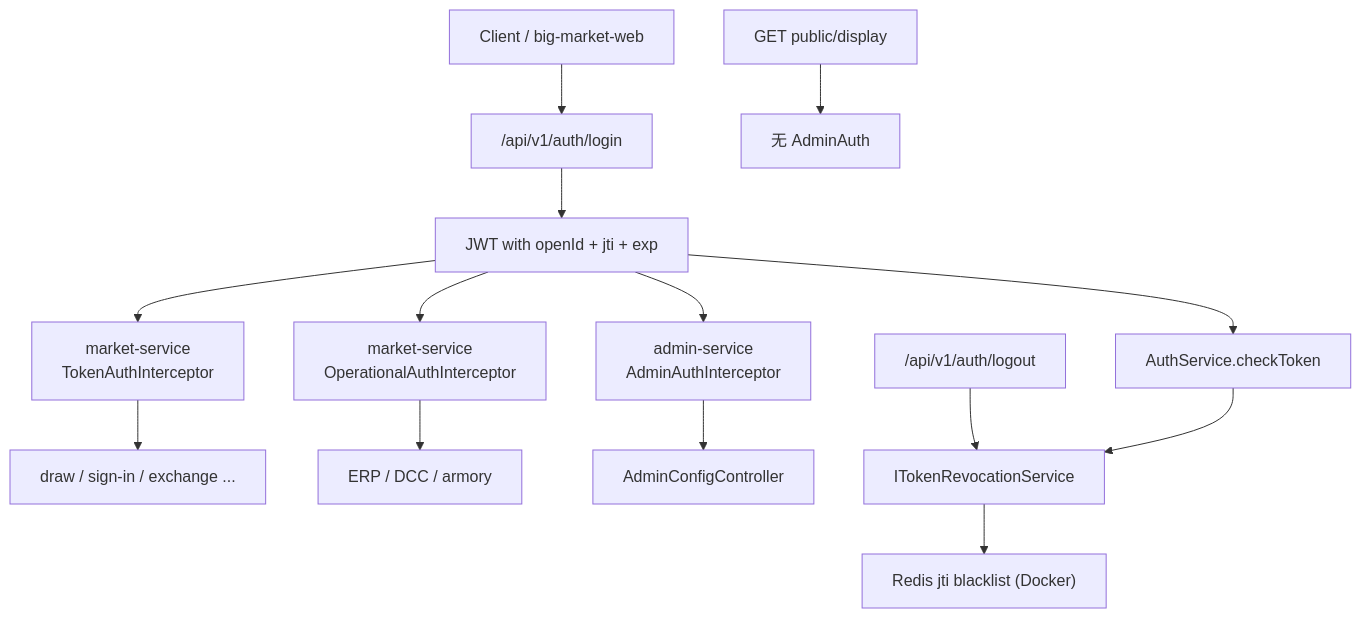
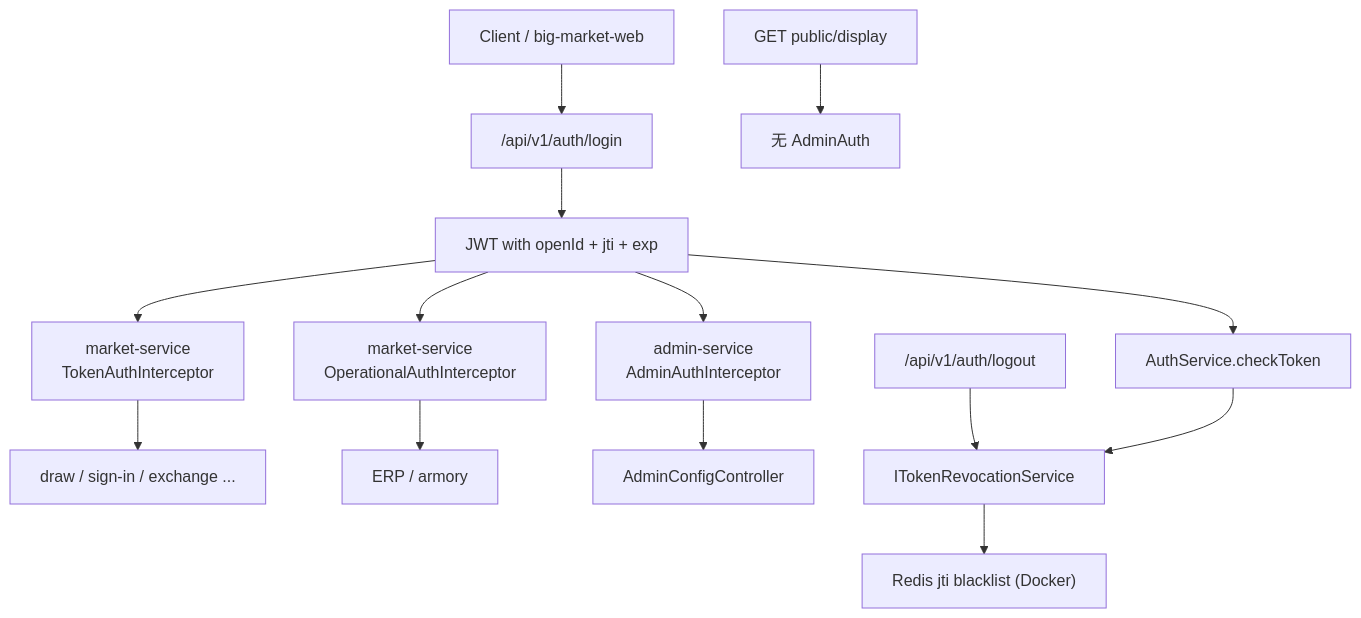
The diagram in docs/learning/05-authentication-and-authorization.md (dyxnb22/big-market-ai-platform), drawn with Mermaid before and after one commit. The commit also changed other lines of this file and 110 other files, not shown here.

Commit message:
Refactor platform services and streamline architecture

````diff
--- a/docs/learning/05-authentication-and-authorization.md
+++ b/docs/learning/05-authentication-and-authorization.md
@@ -96,16 +96,16 @@
 ```mermaid
 flowchart TD
     Client["Client / big-market-web"] --> Login["/api/v1/auth/login"]
     Login --> Token["JWT with openId + jti + exp"]
     Token --> UserApi["market-service\nTokenAuthInterceptor"]
     Token --> OpsApi["market-service\nOperationalAuthInterceptor"]
     Token --> AdminApi["admin-service\nAdminAuthInterceptor"]
     UserApi --> MarketUser["draw / sign-in / exchange ..."]
-    OpsApi --> MarketOps["ERP / DCC / armory"]
+    OpsApi --> MarketOps["ERP / armory"]
     AdminApi --> AdminCfg["AdminConfigController"]
     WebPublic["GET public/display"] --> AdminPublic["无 AdminAuth"]
     Logout["/api/v1/auth/logout"] --> Revocation["ITokenRevocationService"]
     Revocation --> Redis["Redis jti blacklist (Docker)"]
     Token --> CheckRevoked["AuthService.checkToken"]
     CheckRevoked --> Revocation
 ```
````
